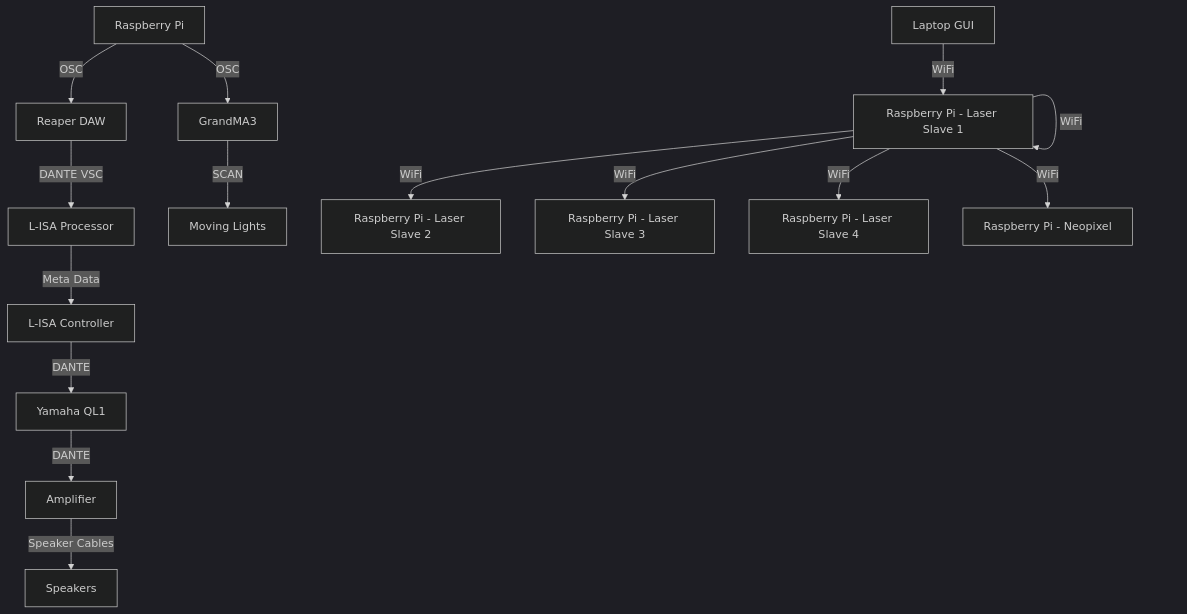
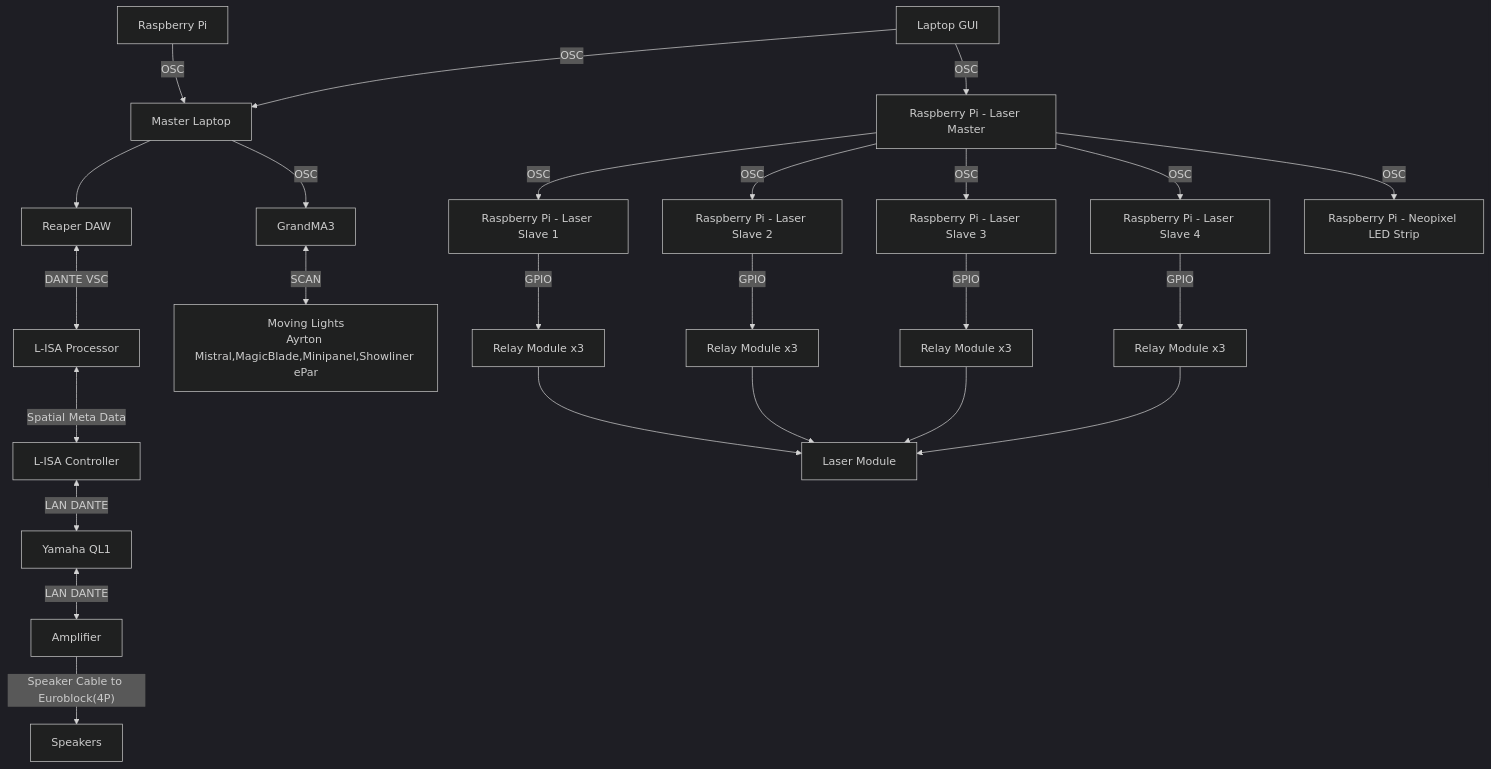
One commit to ntsd27/EGL-314 changed the diagram in MVP/MVP.md. Above: the diagram before and after it, drawn with Mermaid (dark theme). The commit also changed other lines of this file and 7 other files, not shown here.

````diff
--- a/MVP/MVP.md
+++ b/MVP/MVP.md
@@ -33,13 +33,24 @@
 ```mermaid
 graph TD
-A[Raspberry Pi] --OSC--> B[Reaper DAW] --DANTE VSC--> C[L-ISA Processor] --Meta Data--> D[L-ISA Controller]--DANTE--> E[Yamaha QL1] --DANTE--> F[Amplifier] --Speaker Cables--> I[Speakers]
-A --OSC--> G[GrandMA3] --SCAN--> H[Moving Lights]
+A[Raspberry Pi] --OSC--> V[Master Laptop]-->B[Reaper DAW] <--DANTE VSC--> C[L-ISA Processor] <--Spatial Meta Data--> D[L-ISA Controller]<--LAN DANTE--> E[Yamaha QL1] <--LAN DANTE--> F[Amplifier] --Speaker Cable to Euroblock(4P)--> I[Speakers]
+V --OSC--> G[GrandMA3] <--SCAN--> H[Moving Lights
+Ayrton Mistral,MagicBlade,Minipanel,Showliner ePar]
 
+Y --OSC--> V
 
-Y[Laptop GUI] --WiFi--> Z[Raspberry Pi - Laser Master]
-Z --WiFi--> Z[Raspberry Pi - Laser Slave 1]
-Z --WiFi--> X[Raspberry Pi - Laser Slave 2]
-Z --WiFi--> W[Raspberry Pi - Laser Slave 3]
-Z --WiFi--> J[Raspberry Pi - Laser Slave 4]
-Z --WiFi--> K[Raspberry Pi - Neopixel]
+Y[Laptop GUI] -- OSC--> Z[Raspberry Pi - Laser Master]
+Z --OSC--> N[Raspberry Pi - Laser Slave 1]
+Z --OSC--> X[Raspberry Pi - Laser Slave 2]
+Z --OSC--> W[Raspberry Pi - Laser Slave 3]
+Z --OSC--> J[Raspberry Pi - Laser Slave 4]
+Z --OSC--> K[Raspberry Pi - Neopixel LED Strip]
+
+N --GPIO--> L[Relay Module x3]
+X --GPIO--> Q[Relay Module x3]
+W --GPIO--> P[Relay Module x3]
+J --GPIO--> R[Relay Module x3]
+L --> O[Laser Module ]
+Q --> O
+P --> O
+R --> O
 ```
````
